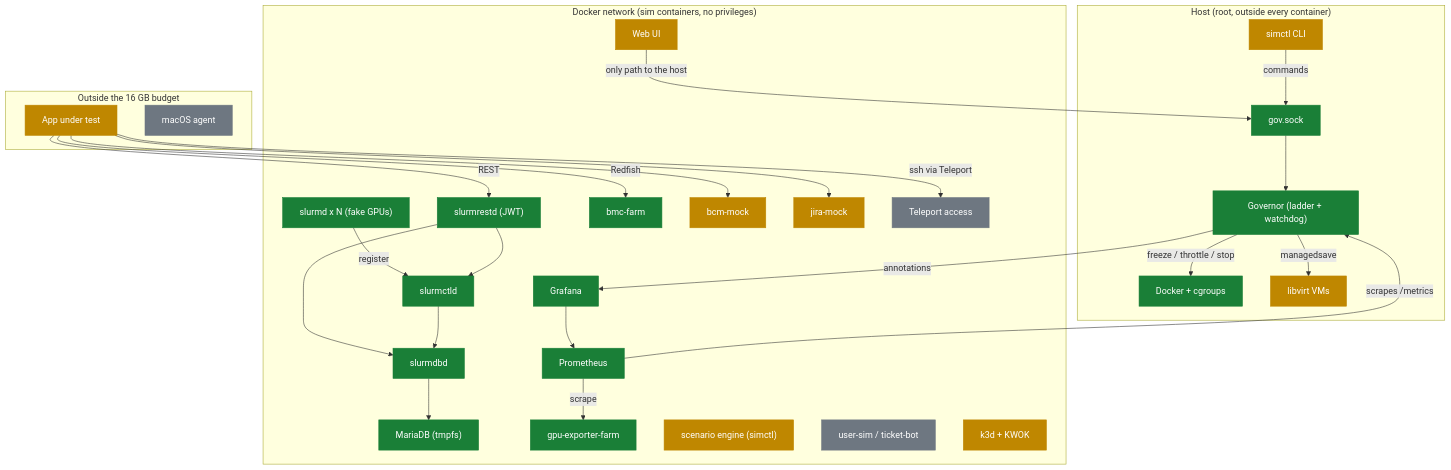
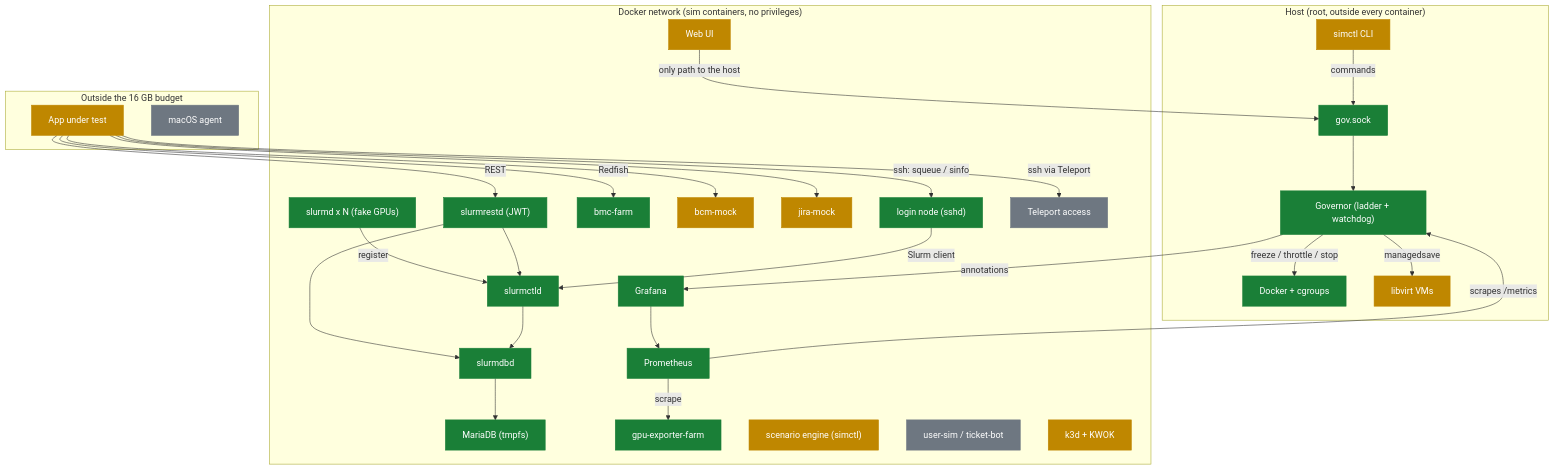
The second of 2 diagrams in docs/PROGRESS.md (AhmedYousriSobhi/workbench), drawn with Mermaid before and after one commit. The commit also changed other lines of this file and 14 other files, not shown here.

First line of the commit message:
feat: SSH login node for SSH-based clients (#118)

````diff
--- a/docs/PROGRESS.md
+++ b/docs/PROGRESS.md
@@ -32,55 +32,58 @@
 ```mermaid
 flowchart TB
     subgraph host["Host (root, outside every container)"]
         simctl["simctl CLI"]:::partial
         gov["Governor (ladder + watchdog)"]:::done
         sock["gov.sock"]:::done
         docker["Docker + cgroups"]:::done
         libvirt["libvirt VMs"]:::partial
     end
     subgraph net["Docker network (sim containers, no privileges)"]
         ctld["slurmctld"]:::done
         slurmd["slurmd x N (fake GPUs)"]:::done
         restd["slurmrestd (JWT)"]:::done
         dbd["slurmdbd"]:::done
         maria["MariaDB (tmpfs)"]:::done
         prom["Prometheus"]:::done
         graf["Grafana"]:::done
         gpux["gpu-exporter-farm"]:::done
         bmc["bmc-farm"]:::done
         bcm["bcm-mock"]:::partial
         jira["jira-mock"]:::partial
+        login["login node (sshd)"]:::done
         tele["Teleport access"]:::todo
         chaos["scenario engine (simctl)"]:::partial
         users["user-sim / ticket-bot"]:::todo
         k8s["k3d + KWOK"]:::partial
         webui["Web UI"]:::partial
     end
     subgraph ext["Outside the 16 GB budget"]
         app["App under test"]:::partial
         mac["macOS agent"]:::todo
     end
     simctl -->|"commands"| sock
     sock --> gov
     gov -->|"freeze / throttle / stop"| docker
     gov -->|"managedsave"| libvirt
     prom -->|"scrapes /metrics"| gov
     gov -->|"annotations"| graf
     slurmd -->|"register"| ctld
     restd --> ctld
     restd --> dbd
     ctld --> dbd
     dbd --> maria
     prom -->|"scrape"| gpux
     graf --> prom
     webui -->|"only path to the host"| sock
     app -->|"REST"| restd
     app -->|"Redfish"| bmc
     app --> bcm
     app --> jira
+    app -->|"ssh: squeue / sinfo"| login
+    login -->|"Slurm client"| ctld
     app -->|"ssh via Teleport"| tele
     classDef done fill:#1a7f37,stroke:#1a7f37,color:#fff
     classDef review fill:#0969da,stroke:#0969da,color:#fff
     classDef partial fill:#bf8700,stroke:#bf8700,color:#fff
     classDef todo fill:#6e7781,stroke:#6e7781,color:#fff
 ```
````
